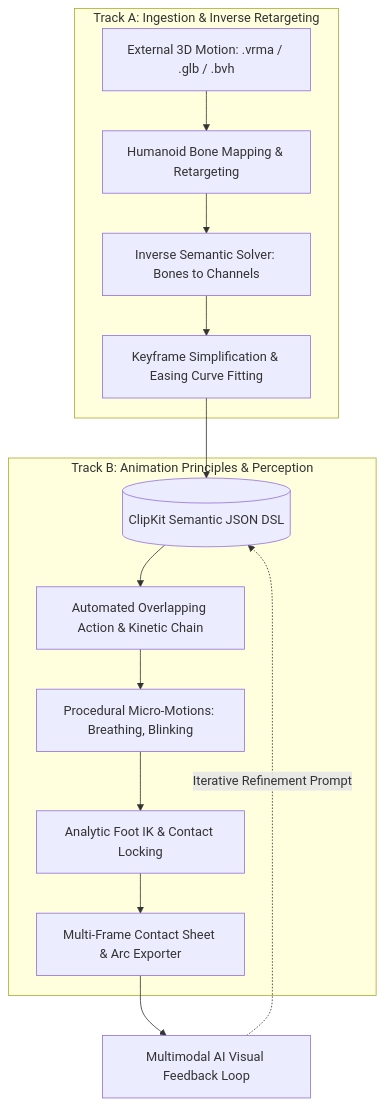
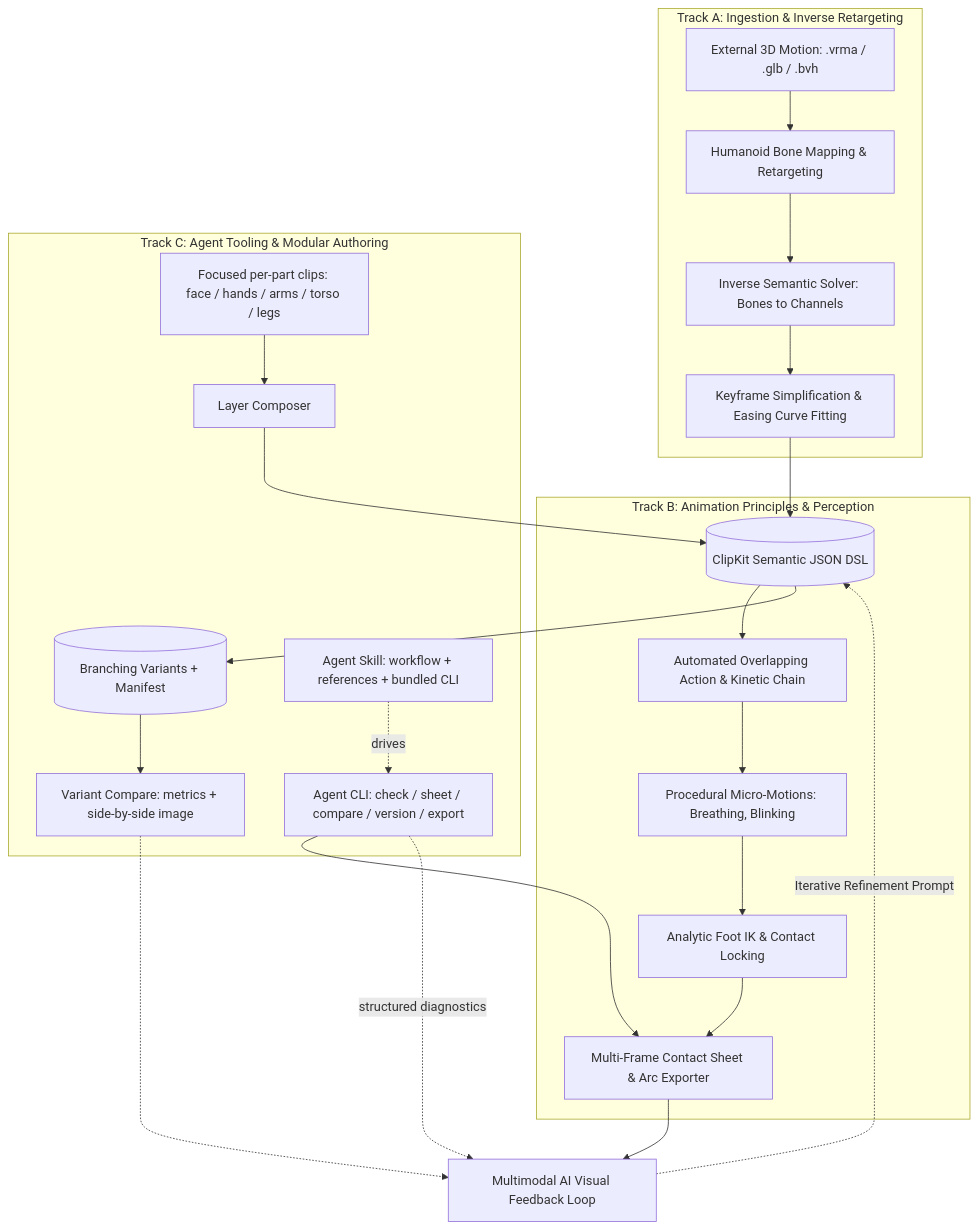
Before and after one commit to deftorch/clipkit-web: the diagram in ROADMAP.md, drawn with Mermaid. The commit also changed other lines of this file and 3 other files, not shown here.

Commit message:
docs: integrate Track C agent tooling and modular authoring roadmap

````diff
--- a/ROADMAP.md
+++ b/ROADMAP.md
@@ -16,20 +17,34 @@
 ```mermaid
 graph TD
     subgraph Inbound Track [Track A: Ingestion & Inverse Retargeting]
         Mocap[External 3D Motion: .vrma / .glb / .bvh] --> Retarget[Humanoid Bone Mapping & Retargeting]
         Retarget --> InverseSolver[Inverse Semantic Solver: Bones to Channels]
         InverseSolver --> Compressor[Keyframe Simplification & Easing Curve Fitting]
     end
 
     Compressor --> JSONCore[(ClipKit Semantic JSON DSL)]
 
     subgraph Outbound Track [Track B: Animation Principles & Perception]
         JSONCore --> OverlapEngine[Automated Overlapping Action & Kinetic Chain]
         OverlapEngine --> ProceduralLayer[Procedural Micro-Motions: Breathing, Blinking]
         ProceduralLayer --> FootIKSolver[Analytic Foot IK & Contact Locking]
         FootIKSolver --> ContactSheetGen[Multi-Frame Contact Sheet & Arc Exporter]
     end
 
     ContactSheetGen --> MultimodalFeedback[Multimodal AI Visual Feedback Loop]
     MultimodalFeedback -.->|Iterative Refinement Prompt| JSONCore
+
+    subgraph AgentTrack [Track C: Agent Tooling & Modular Authoring]
+        Parts[Focused per-part clips: face / hands / arms / torso / legs] --> Composer[Layer Composer]
+        Variants[(Branching Variants + Manifest)] --> Compare[Variant Compare: metrics + side-by-side image]
+        CLI[Agent CLI: check / sheet / compare / version / export]
+        Skill[Agent Skill: workflow + references + bundled CLI]
+    end
+
+    Composer --> JSONCore
+    JSONCore --> Variants
+    Compare -.-> MultimodalFeedback
+    CLI --> ContactSheetGen
+    CLI -.->|structured diagnostics| MultimodalFeedback
+    Skill -.->|drives| CLI
 ```
````
